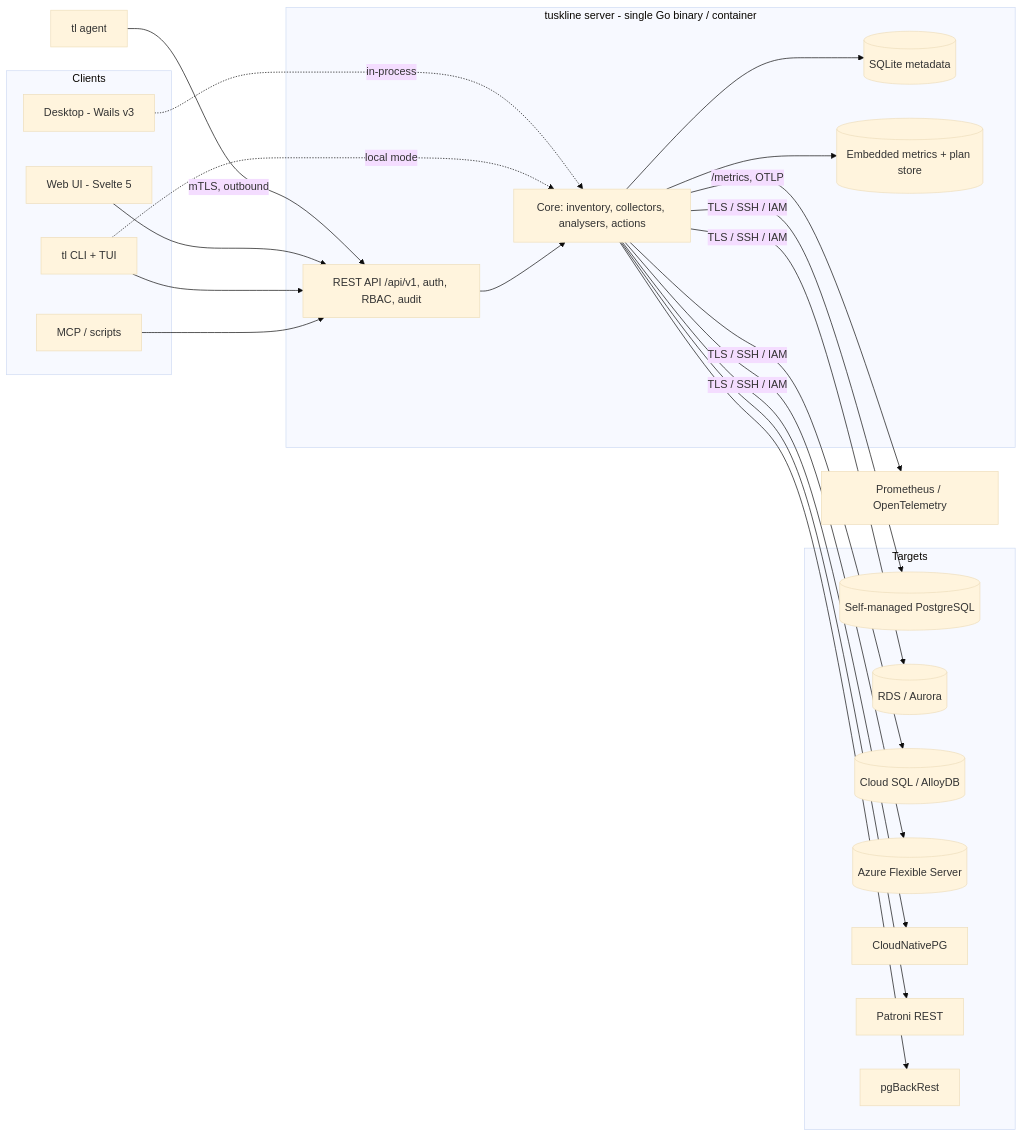
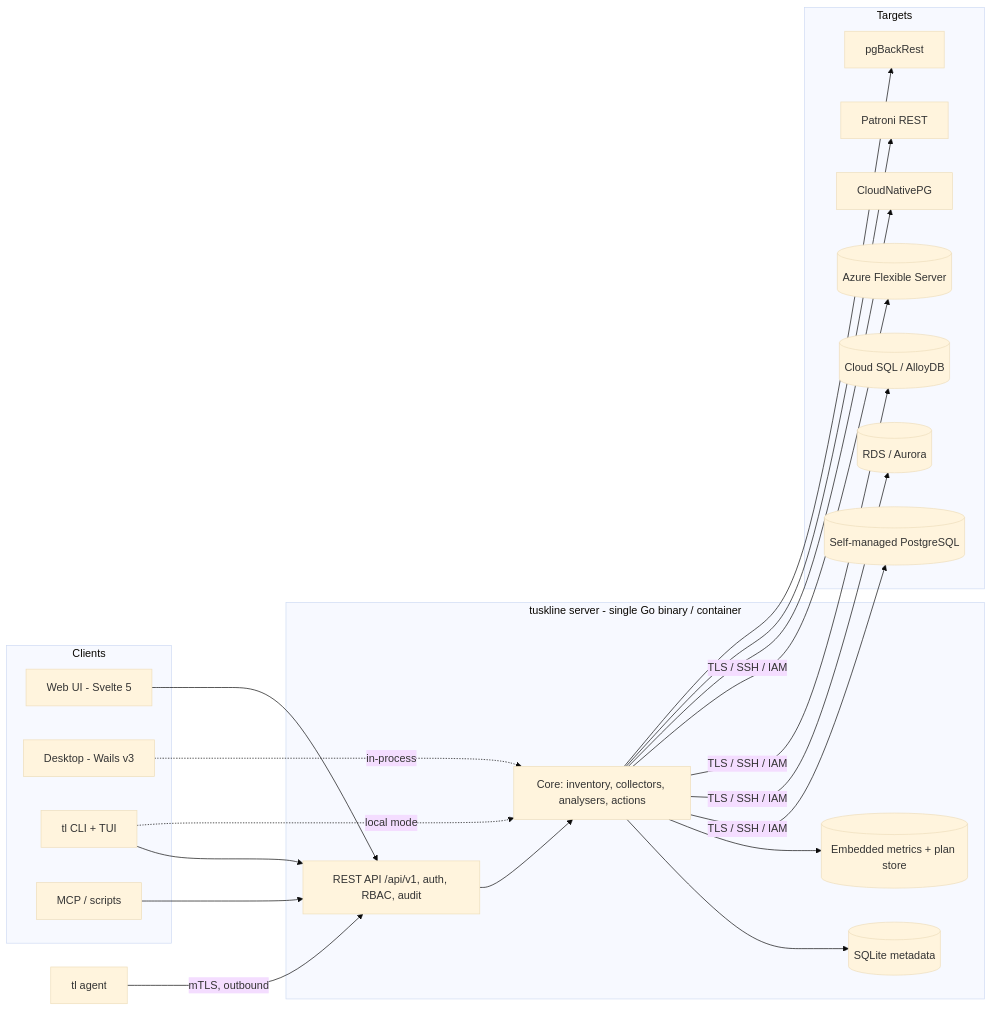
One commit to interlace-sh/tuskline changed the first of 4 diagrams in docs/architecture.md. Above: the diagram before and after it, drawn with Mermaid (base theme). The commit also changed other lines of this file and 4 other files, not shown here.

````diff
--- a/docs/architecture.md
+++ b/docs/architecture.md
@@ -7,36 +7,35 @@
 ```mermaid
 flowchart LR
   subgraph Clients
     UI[Web UI - Svelte 5]
     DESK[Desktop - Wails v3]
     CLI[tl CLI + TUI]
     EXT[MCP / scripts]
   end
   subgraph Binary[tuskline server - single Go binary / container]
     GW[REST API /api/v1, auth, RBAC, audit]
     CORE[Core: inventory, collectors, analysers, actions]
     STORE[(SQLite metadata)]
     TS[(Embedded metrics + plan store)]
   end
   subgraph Targets
     PG[(Self-managed PostgreSQL)]
     RDS[(RDS / Aurora)]
     GCP[(Cloud SQL / AlloyDB)]
     AZ[(Azure Flexible Server)]
     K8S[CloudNativePG]
     PAT[Patroni REST]
     BK[pgBackRest]
   end
   AGENT[tl agent] -- mTLS, outbound --> GW
   UI --> GW
   DESK -. in-process .-> CORE
   CLI --> GW
   CLI -. local mode .-> CORE
   EXT --> GW
   GW --> CORE
   CORE --> STORE
   CORE --> TS
   CORE -- TLS / SSH / IAM --> PG & RDS & GCP & AZ
   CORE --> K8S & PAT & BK
-  CORE -- /metrics, OTLP --> OBS[Prometheus / OpenTelemetry]
 ```
````
